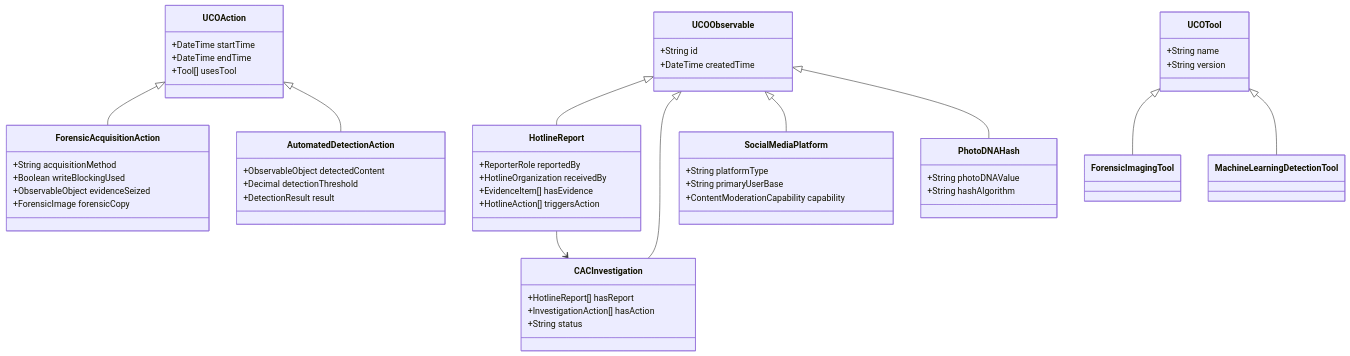
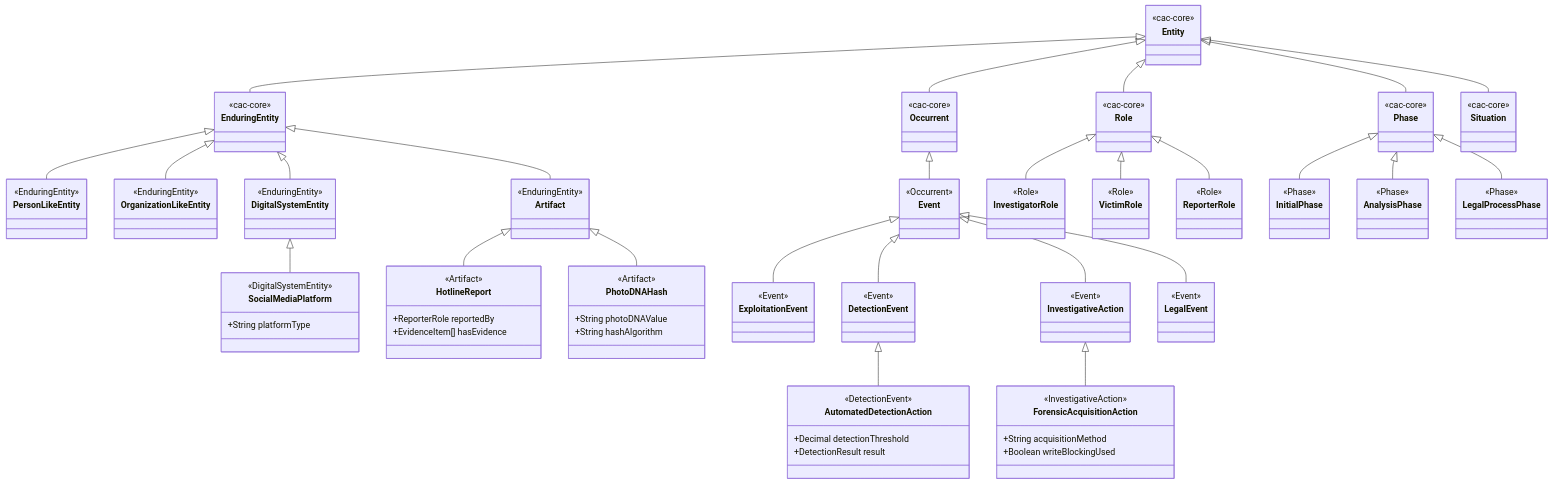
One commit to Project-VIC-International/CAC-Ontology changed the sixth of 7 diagrams in docs/architecture.md. Above: the diagram before and after it, drawn with Mermaid. The commit also changed other lines of this file and 216 other files, not shown here.

````diff
--- a/docs/architecture.md
+++ b/docs/architecture.md
@@ -334,65 +407,130 @@
 ```mermaid
 classDiagram
-    class UCOObservable {
-        +String id
-        +DateTime createdTime
+    class Entity {
+        <<cac-core>>
     }
-    
-    class UCOAction {
-        +DateTime startTime
-        +DateTime endTime
-        +Tool[] usesTool
+
+    class EnduringEntity {
+        <<cac-core>>
     }
-    
-    class UCOTool {
-        +String name
-        +String version
+    class Occurrent {
+        <<cac-core>>
     }
-    
+    class Role {
+        <<cac-core>>
+    }
+    class Phase {
+        <<cac-core>>
+    }
+    class Situation {
+        <<cac-core>>
+    }
+
+    Entity <|-- EnduringEntity
+    Entity <|-- Occurrent
+    Entity <|-- Role
+    Entity <|-- Phase
+    Entity <|-- Situation
+
+    class PersonLikeEntity {
+        <<EnduringEntity>>
+    }
+    class OrganizationLikeEntity {
+        <<EnduringEntity>>
+    }
+    class DigitalSystemEntity {
+        <<EnduringEntity>>
+    }
+    class Artifact {
+        <<EnduringEntity>>
+    }
+
+    EnduringEntity <|-- PersonLikeEntity
+    EnduringEntity <|-- OrganizationLikeEntity
+    EnduringEntity <|-- DigitalSystemEntity
+    EnduringEntity <|-- Artifact
+
+    class Event {
+        <<Occurrent>>
+    }
+    Occurrent <|-- Event
+
+    class ExploitationEvent {
+        <<Event>>
+    }
+    class DetectionEvent {
+        <<Event>>
+    }
+    class InvestigativeAction {
+        <<Event>>
+    }
+    class LegalEvent {
+        <<Event>>
+    }
+
+    Event <|-- ExploitationEvent
+    Event <|-- DetectionEvent
+    Event <|-- InvestigativeAction
+    Event <|-- LegalEvent
+
+    class InvestigatorRole {
+        <<Role>>
+    }
+    class VictimRole {
+        <<Role>>
+    }
+    class ReporterRole {
+        <<Role>>
+    }
+
+    Role <|-- InvestigatorRole
+    Role <|-- VictimRole
+    Role <|-- ReporterRole
+
+    class InitialPhase {
+        <<Phase>>
+    }
+    class AnalysisPhase {
+        <<Phase>>
+    }
+    class LegalProcessPhase {
+        <<Phase>>
+    }
+
+    Phase <|-- InitialPhase
+    Phase <|-- AnalysisPhase
+    Phase <|-- LegalProcessPhase
+
     class HotlineReport {
+        <<Artifact>>
         +ReporterRole reportedBy
-        +HotlineOrganization receivedBy
         +EvidenceItem[] hasEvidence
-        +HotlineAction[] triggersAction
     }
-    
-    class CACInvestigation {
-        +HotlineReport[] hasReport
-        +InvestigationAction[] hasAction
-        +String status
+    class PhotoDNAHash {
+        <<Artifact>>
+        +String photoDNAValue
+        +String hashAlgorithm
     }
-    
+    class SocialMediaPlatform {
+        <<DigitalSystemEntity>>
+        +String platformType
+    }
+
+    Artifact <|-- HotlineReport
+    Artifact <|-- PhotoDNAHash
+    DigitalSystemEntity <|-- SocialMediaPlatform
+
     class ForensicAcquisitionAction {
+        <<InvestigativeAction>>
         +String acquisitionMethod
         +Boolean writeBlockingUsed
-        +ObservableObject evidenceSeized
-        +ForensicImage forensicCopy
     }
-    
     class AutomatedDetectionAction {
-        +ObservableObject detectedContent
+        <<DetectionEvent>>
         +Decimal detectionThreshold
         +DetectionResult result
     }
-    
-    class SocialMediaPlatform {
-        +String platformType
-        +String primaryUserBase
-        +ContentModerationCapability capability
-    }
-    
-    class PhotoDNAHash {
-        +String photoDNAValue
-        +String hashAlgorithm
-    }
-    
-    UCOObservable <|-- HotlineReport
-    UCOObservable <|-- CACInvestigation
-    UCOObservable <|-- SocialMediaPlatform
-    UCOObservable <|-- PhotoDNAHash
-    UCOAction <|-- ForensicAcquisitionAction
-    UCOAction <|-- AutomatedDetectionAction
-    UCOTool <|-- ForensicImagingTool
-    UCOTool <|-- MachineLearningDetectionTool
-    HotlineReport --> CACInvestigation
+
+    InvestigativeAction <|-- ForensicAcquisitionAction
+    DetectionEvent <|-- AutomatedDetectionAction
 ```
````
